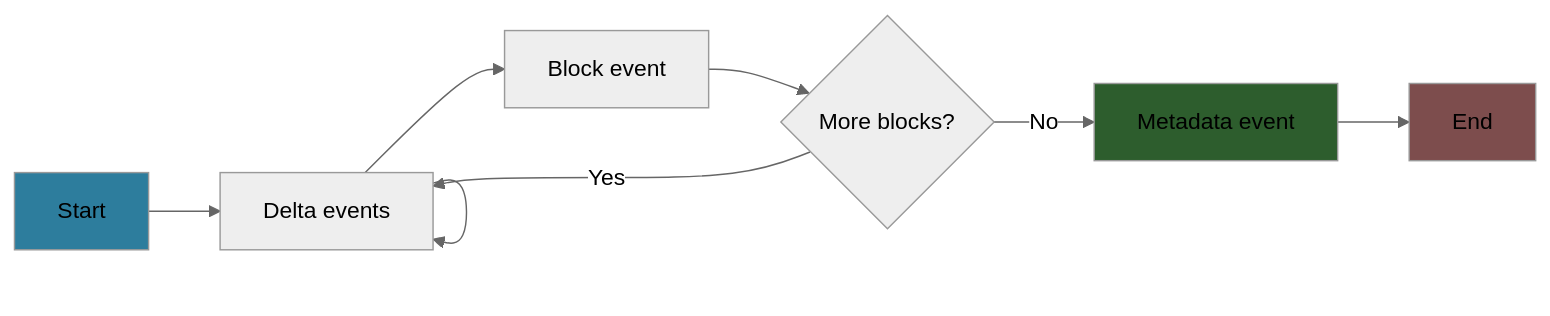
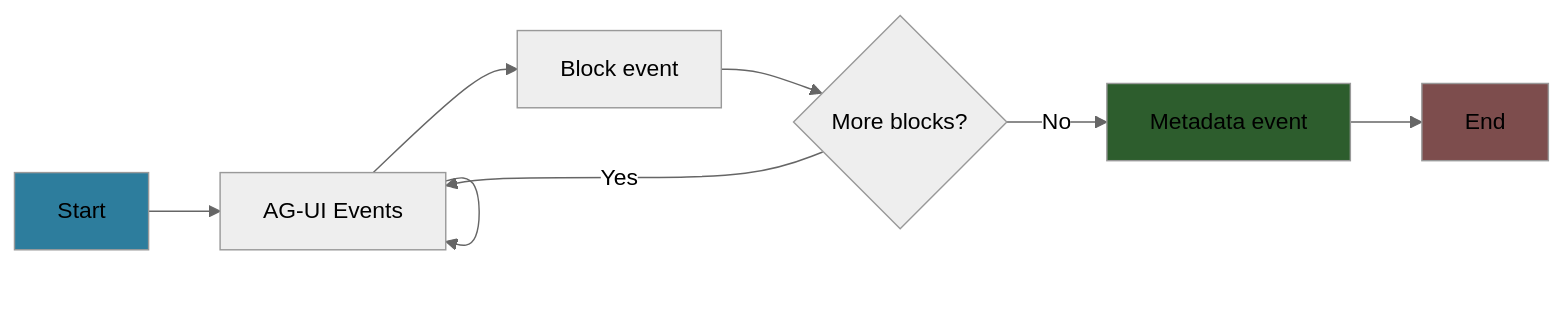
Before and after one commit to haowjy/meridian-llm-go: the first of 2 diagrams in docs/streaming.md, drawn with Mermaid (neutral theme). The commit also changed other lines of this file and 23 other files, not shown here.

````diff
--- a/docs/streaming.md
+++ b/docs/streaming.md
@@ -56,14 +55,14 @@
 ```mermaid
 graph LR
-    A[Start] --> B[Delta events]
+    A[Start] --> B[AG-UI Events]
     B --> B
     B --> C[Block event]
     C --> D{More blocks?}
     D -->|Yes| B
     D -->|No| E[Metadata event]
     E --> F[End]
 
     style A fill:#2d7d9d
     style E fill:#2d5d2d
     style F fill:#7d4d4d
 ```
````
